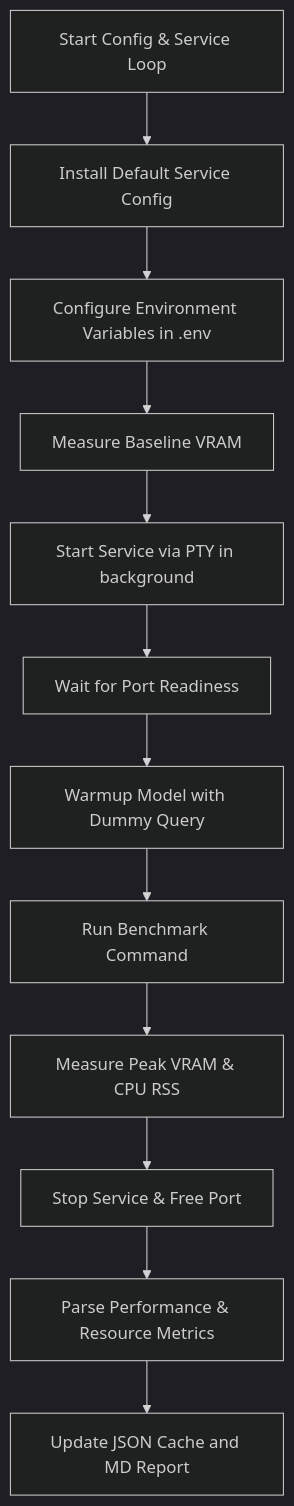
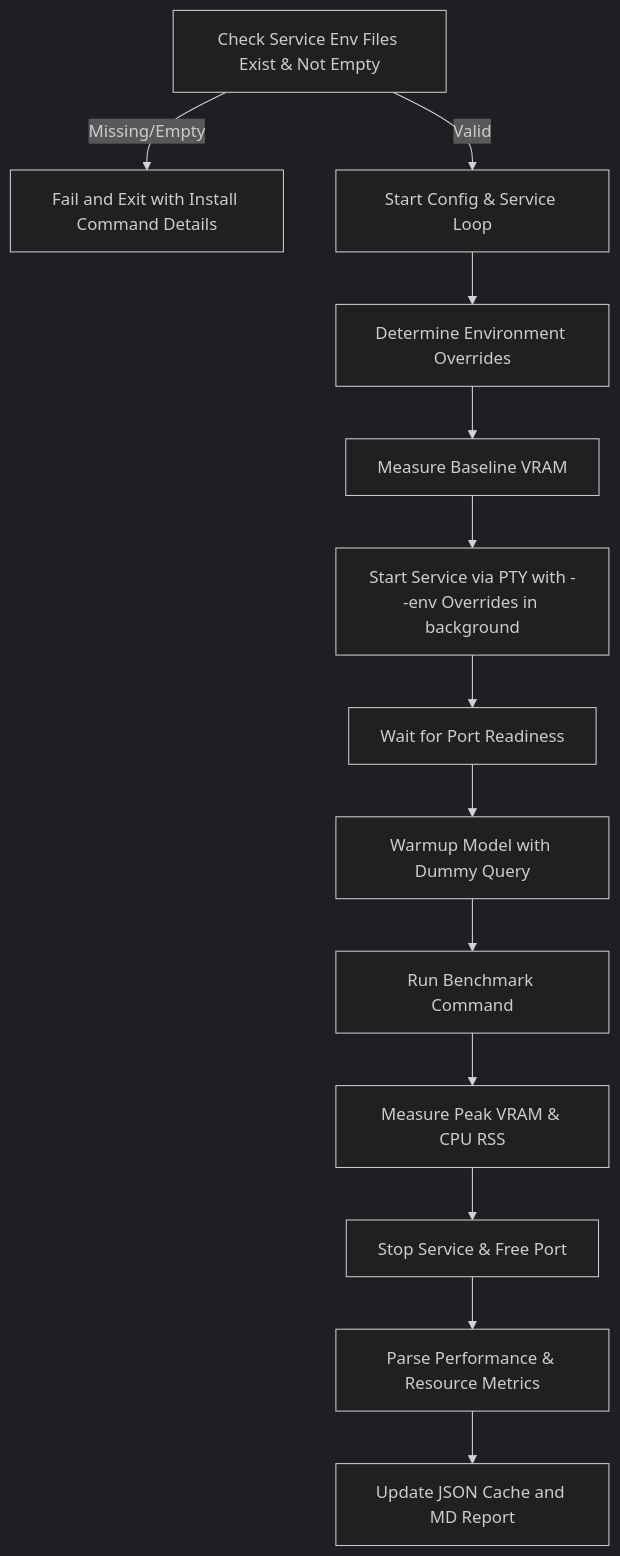
One commit to wuxxin/agents-shared changed the diagram in scripts/run-local-benchmark.md. Above: the diagram before and after it, drawn with Mermaid (dark theme). The commit also changed other lines of this file and 11 other files, not shown here.

````diff
--- a/scripts/run-local-benchmark.md
+++ b/scripts/run-local-benchmark.md
@@ -28,14 +28,15 @@
 ```mermaid
 graph TD
-    A[Start Config & Service Loop] --> B[Install Default Service Config]
-    B --> C[Configure Environment Variables in .env]
-    C --> D[Measure Baseline VRAM]
-    D --> E[Start Service via PTY in background]
-    E --> F[Wait for Port Readiness]
-    F --> G[Warmup Model with Dummy Query]
-    G --> H[Run Benchmark Command]
-    H --> I[Measure Peak VRAM & CPU RSS]
-    I --> J[Stop Service & Free Port]
-    J --> K[Parse Performance & Resource Metrics]
-    K --> L[Update JSON Cache and MD Report]
+    A[Check Service Env Files Exist & Not Empty] -->|Missing/Empty| B[Fail and Exit with Install Command Details]
+    A -->|Valid| C[Start Config & Service Loop]
+    C --> D[Determine Environment Overrides]
+    D --> E[Measure Baseline VRAM]
+    E --> F[Start Service via PTY with --env Overrides in background]
+    F --> G[Wait for Port Readiness]
+    G --> H[Warmup Model with Dummy Query]
+    H --> I[Run Benchmark Command]
+    I --> J[Measure Peak VRAM & CPU RSS]
+    J --> K[Stop Service & Free Port]
+    K --> L[Parse Performance & Resource Metrics]
+    L --> M[Update JSON Cache and MD Report]
 ```
````
